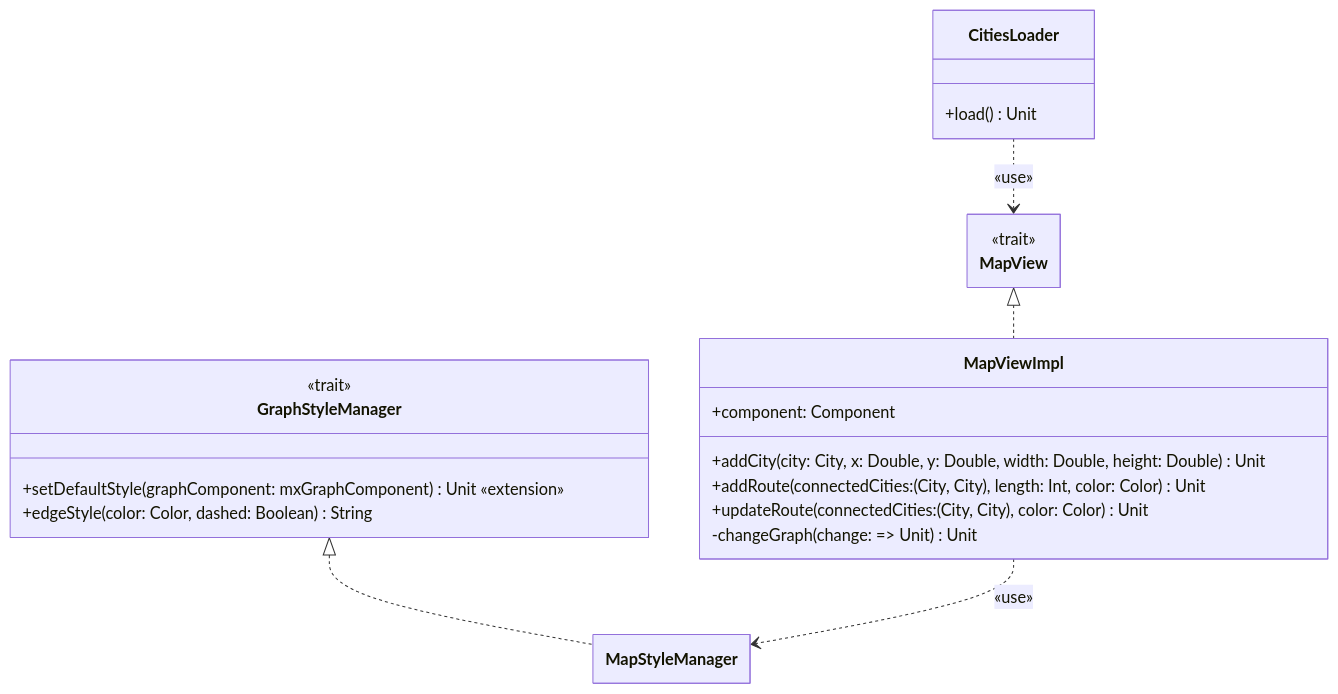
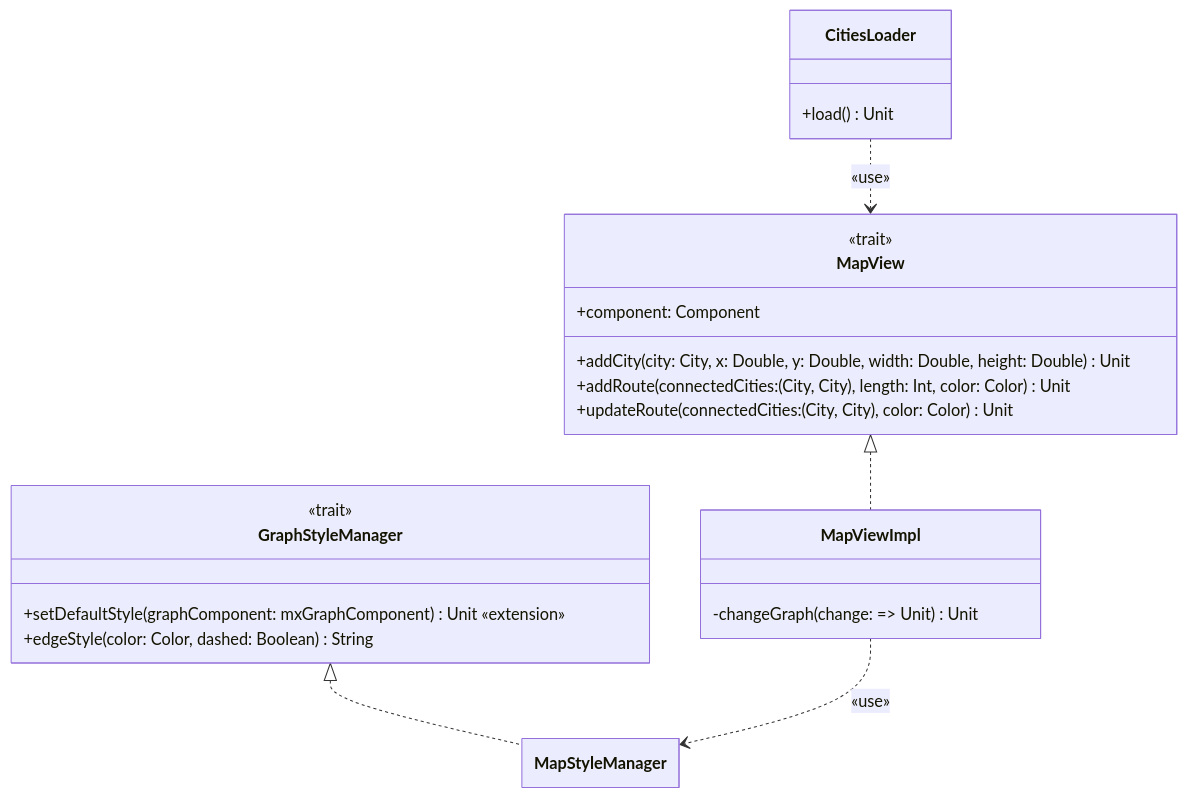
The diagram in docs/report/impl/bedeschi/impl_map_view.md (FilippoPracucci/PPS-24-ttr-scala), drawn with Mermaid before and after one commit. The commit also changed other lines of this file and 6 other files, not shown here.

````diff
--- a/docs/report/impl/bedeschi/impl_map_view.md
+++ b/docs/report/impl/bedeschi/impl_map_view.md
@@ -11,30 +11,30 @@
 ```mermaid
 ---
 config:
   class:
     hideEmptyMembersBox: true
 ---
 classDiagram
     class MapView {
         <<trait>>
-    }
-    class MapViewImpl {
         +component: Component
         +addCity(city: City, x: Double, y: Double, width: Double, height: Double) Unit
         +addRoute(connectedCities: (City, City), length: Int, color: Color) Unit
         +updateRoute(connectedCities: (City, City), color: Color) Unit
+    }
+    class MapViewImpl {
         -changeGraph(change: => Unit) Unit
     }
     class GraphStyleManager {
         <<trait>>
         +setDefaultStyle(graphComponent: mxGraphComponent) Unit «extension»
         +edgeStyle(color: Color, dashed: Boolean) String
     }
     class CitiesLoader {
         +load() Unit
     }
     MapView <|.. MapViewImpl
     GraphStyleManager <|.. MapStyleManager
     MapViewImpl ..> MapStyleManager: «use»
     CitiesLoader ..> MapView: «use»
 ```
````
